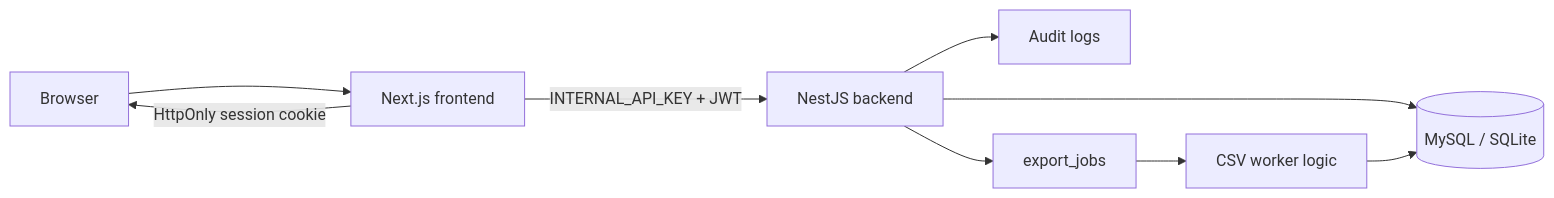
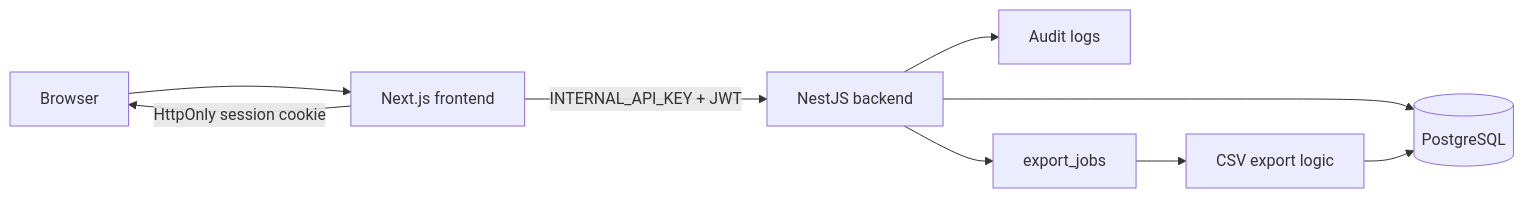
The diagram in docs/05_architecture.md (yusukesugahara/ReviewFlow), drawn with Mermaid before and after one commit. The commit also changed other lines of this file and 16 other files, not shown here.

Commit message:
docs: update documentation to reflect changes in dashboard terminology, API specifications, and backend architecture, including PostgreSQL integration and enhanced user management features

````diff
--- a/docs/05_architecture.md
+++ b/docs/05_architecture.md
@@ -3,11 +3,11 @@
 ```mermaid
 flowchart LR
   Browser["Browser"] --> Frontend["Next.js frontend"]
   Frontend -->|HttpOnly session cookie| Browser
   Frontend -->|INTERNAL_API_KEY + JWT| Backend["NestJS backend"]
-  Backend --> Database[("MySQL / SQLite")]
+  Backend --> Database[("PostgreSQL")]
   Backend --> Audit["Audit logs"]
   Backend --> Jobs["export_jobs"]
-  Jobs --> Worker["CSV worker logic"]
-  Worker --> Database
+  Jobs --> ExportLogic["CSV export logic"]
+  ExportLogic --> Database
 ```
````
